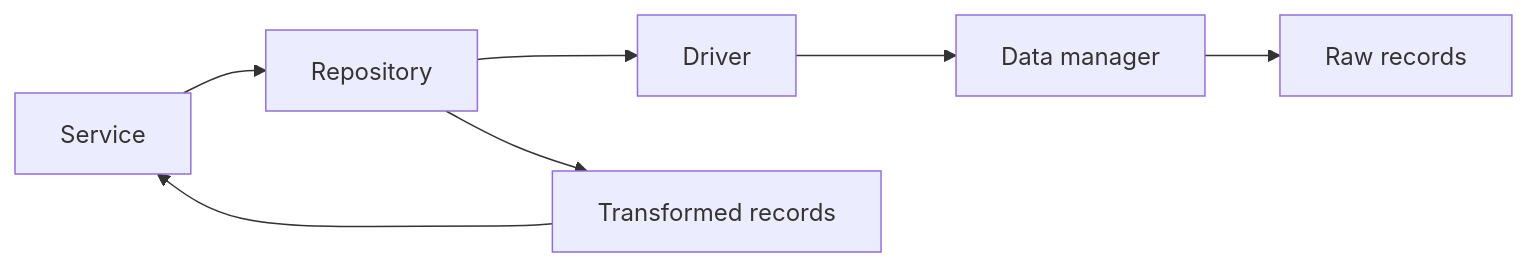
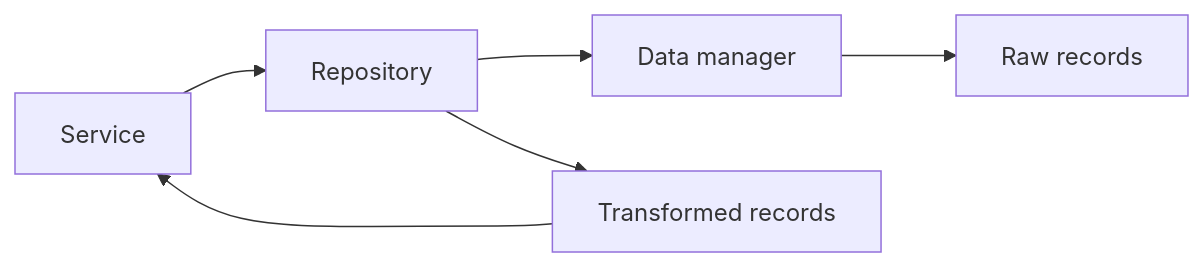
The diagram in docs/shared/application/data.md (virtualitems/tshex-cli), drawn with Mermaid before and after one commit. The commit also changed other lines of this file and 5 other files, not shown here.

````diff
--- a/docs/shared/application/data.md
+++ b/docs/shared/application/data.md
@@ -230,9 +262,8 @@
 ```mermaid
 flowchart LR
     service[Service] --> repository[Repository]
-    repository --> driver[Driver]
-    driver --> manager["Data manager"]
+    repository --> manager["Data manager"]
     manager --> raw["Raw records"]
     repository --> transformed["Transformed records"]
     transformed --> service
 ```
````
